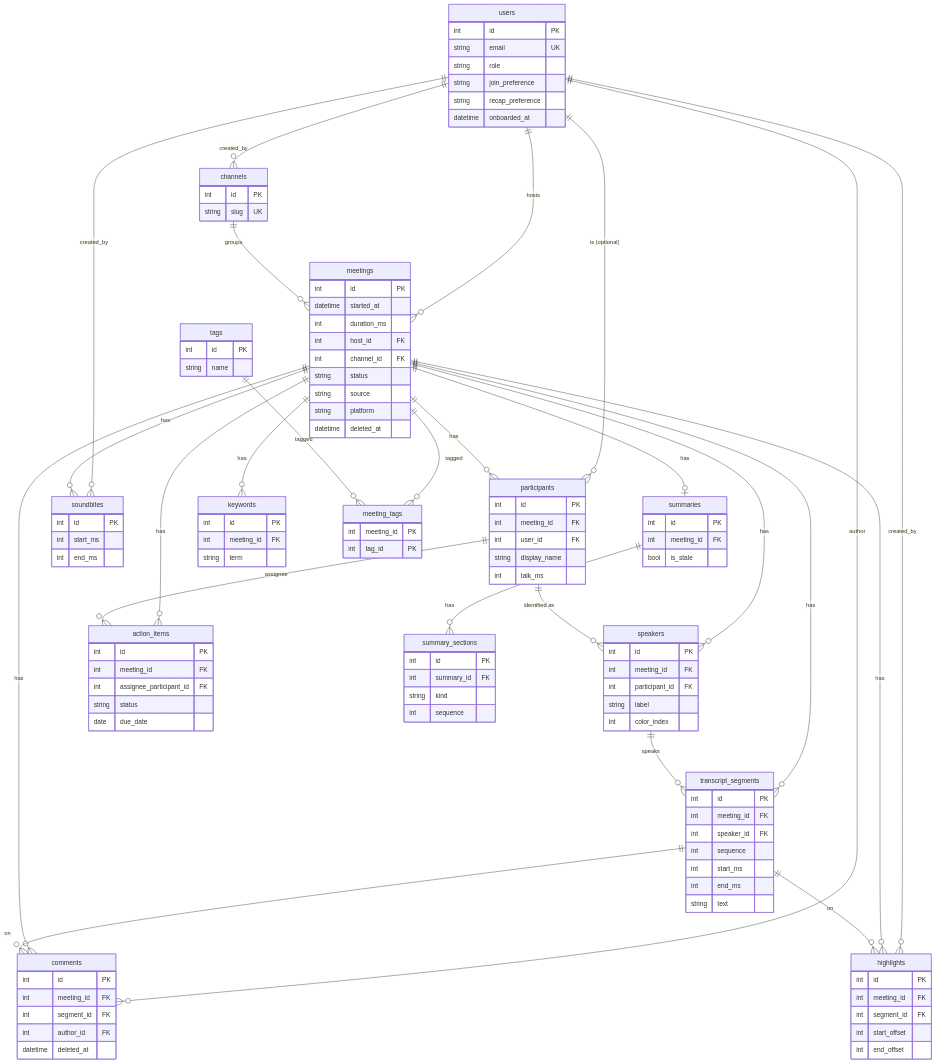
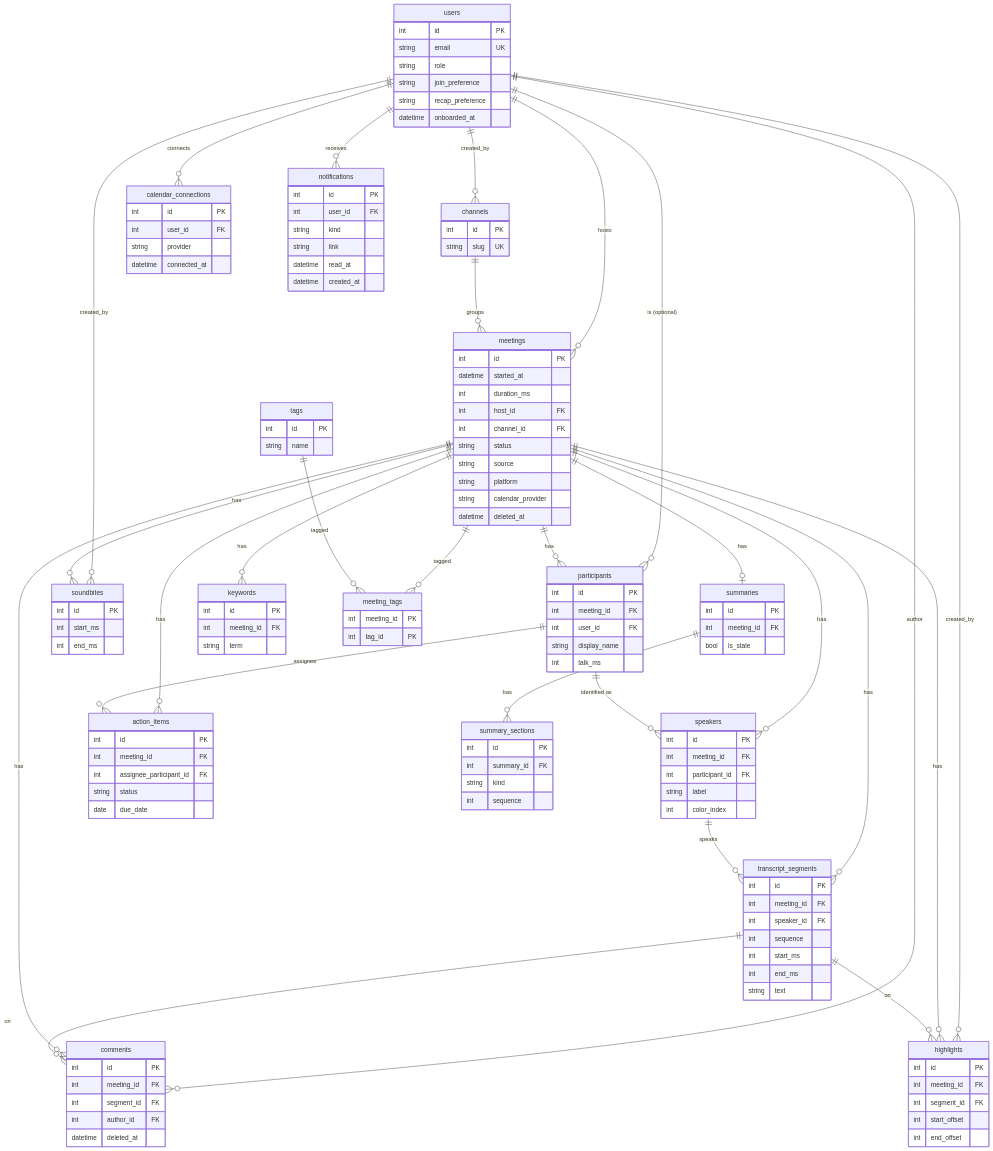
Before and after one commit to Aarush-Rajoura/fireflies-clone: the diagram in docs/schema.md, drawn with Mermaid. The commit also changed other lines of this file and 31 other files, not shown here.

First line of the commit message:
feat(home): scheduling, simulated calendar connect, AI feed and notifications

````diff
--- a/docs/schema.md
+++ b/docs/schema.md
@@ -11,6 +11,8 @@
     users ||--o{ comments : author
     users ||--o{ highlights : created_by
     users ||--o{ soundbites : created_by
+    users ||--o{ calendar_connections : connects
+    users ||--o{ notifications : receives
     channels ||--o{ meetings : groups
     meetings ||--o{ participants : has
     meetings ||--o{ speakers : has
@@ -47,6 +49,7 @@
         string status
         string source
         string platform
+        string calendar_provider
         datetime deleted_at
     }
     participants {
@@ -126,4 +129,18 @@
         int meeting_id FK
         string term
     }
+    calendar_connections {
+        int id PK
+        int user_id FK
+        string provider
+        datetime connected_at
+    }
+    notifications {
+        int id PK
+        int user_id FK
+        string kind
+        string link
+        datetime read_at
+        datetime created_at
+    }
 ```
````
